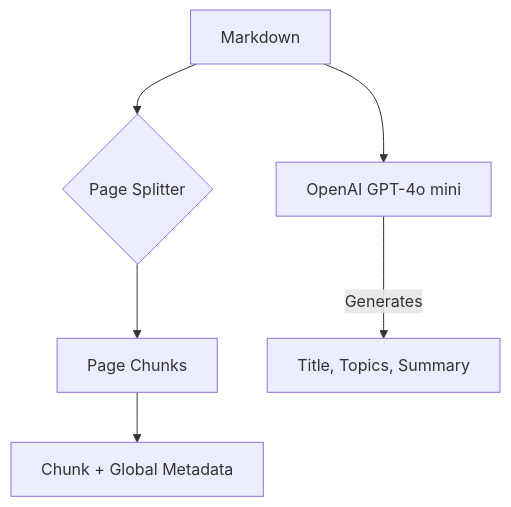
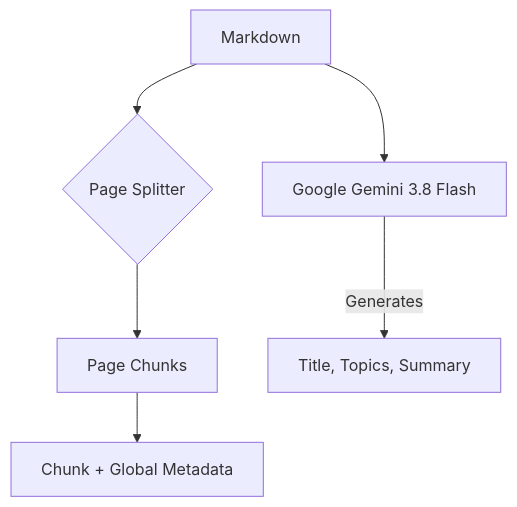
The third of 8 diagrams in README.md (Dhanush3620/RAG-pipeline), drawn with Mermaid before and after one commit. The commit also changed other lines of this file and 10 other files, not shown here.

Commit message:
Migrate to Gemini 3.8 Flash, update UI, and fix Supabase vectors

````diff
--- a/README.md
+++ b/README.md
@@ -41,8 +41,8 @@
 ```mermaid
 graph TD
     A[Markdown] --> B{Page Splitter}
     B --> C[Page Chunks]
-    A --> D[OpenAI GPT-4o mini]
+    A --> D[Google Gemini 3.8 Flash]
     D -->|Generates| E[Title, Topics, Summary]
     C --> F[Chunk + Global Metadata]
 ```
````
